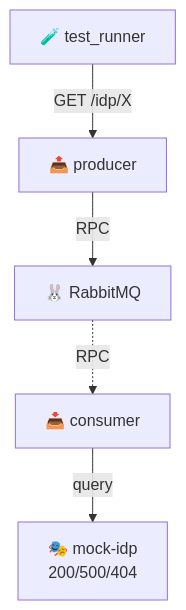
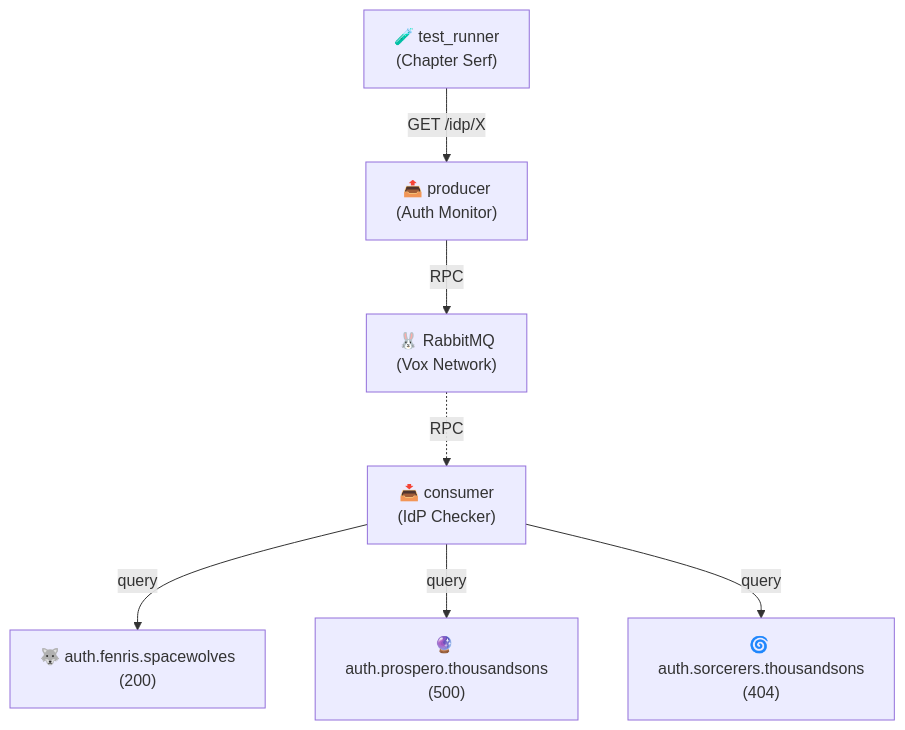
One commit to proconnect-gouv/idp-status-monitoring changed the diagram in examples/idp_error_handling/README.md. Above: the diagram before and after it, drawn with Mermaid. The commit also changed other lines of this file and 25 other files, not shown here.

````diff
--- a/examples/idp_error_handling/README.md
+++ b/examples/idp_error_handling/README.md
@@ -5,13 +7,17 @@
 ```mermaid
 graph TB
-    test["🧪 test_runner"]
-    producer["📤 producer"]
-    consumer["📥 consumer"]
-    rabbitmq["🐰 RabbitMQ"]
-    mock["🎭 mock-idp<br/>200/500/404"]
+    test["🧪 test_runner<br/>(Chapter Serf)"]
+    producer["📤 producer<br/>(Auth Monitor)"]
+    consumer["📥 consumer<br/>(IdP Checker)"]
+    rabbitmq["🐰 RabbitMQ<br/>(Vox Network)"]
+    fenris["🐺 auth.fenris.spacewolves<br/>(200)"]
+    prospero["🔮 auth.prospero.thousandsons<br/>(500)"]
+    sorcerers["🌀 auth.sorcerers.thousandsons<br/>(404)"]
 
     test -->|GET /idp/X| producer
     producer -->|RPC| rabbitmq
     rabbitmq -.->|RPC| consumer
-    consumer -->|query| mock
+    consumer -->|query| fenris
+    consumer -->|query| prospero
+    consumer -->|query| sorcerers
 ```
````
